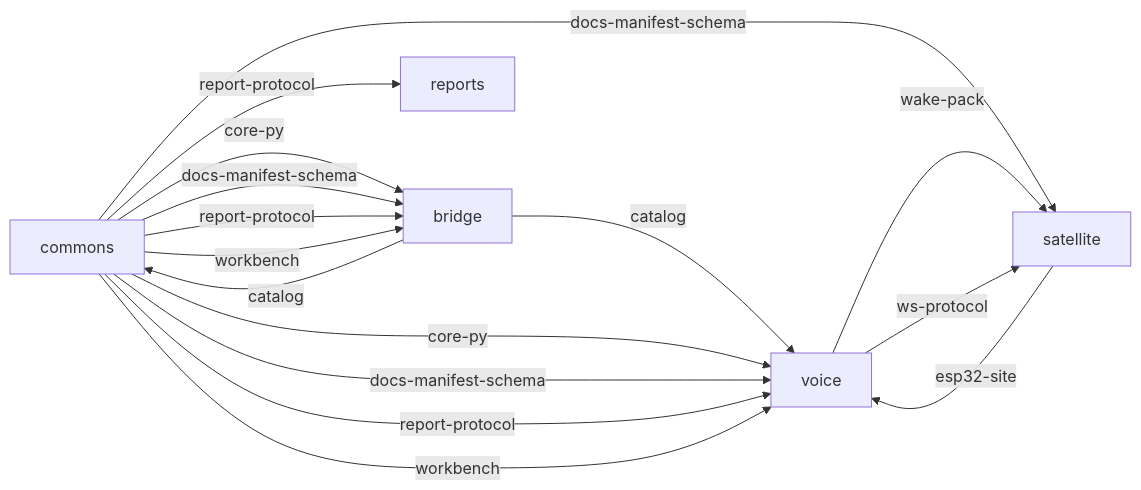
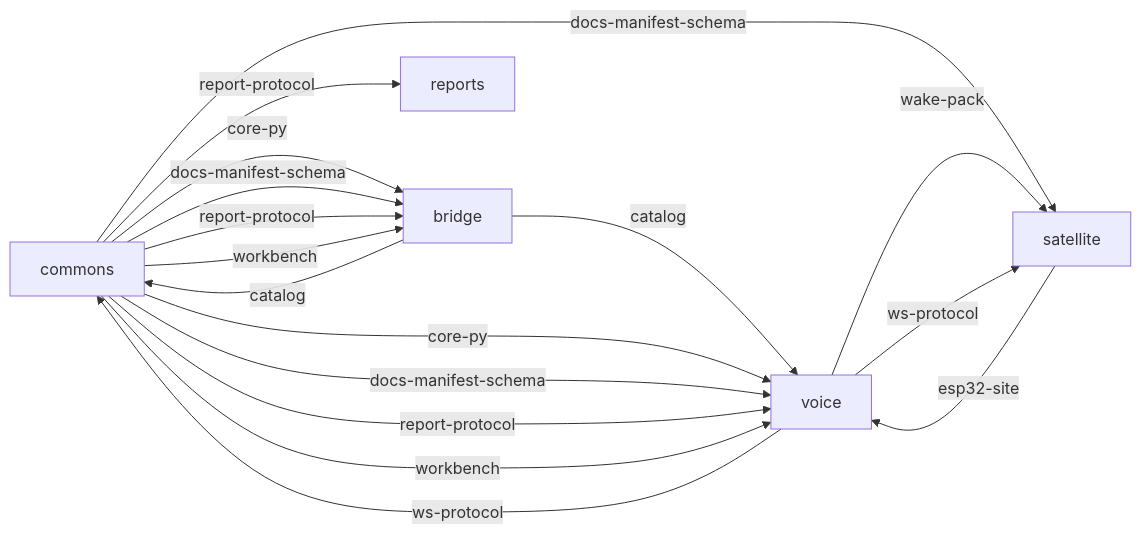
One commit to locveil/locveil-commons changed the diagram in process/contract-graph.md. Above: the diagram before and after it, drawn with Mermaid. The commit also changed other lines of this file and 22 other files, not shown here.

````diff
--- a/process/contract-graph.md
+++ b/process/contract-graph.md
@@ -11,23 +11,24 @@
 ```mermaid
 graph LR
   commons[commons]
   voice[voice]
   bridge[bridge]
   satellite[satellite]
   reports[reports]
   bridge -- catalog --> commons
   bridge -- catalog --> voice
   commons -- core-py --> bridge
   commons -- docs-manifest-schema --> bridge
   commons -- report-protocol --> bridge
   commons -- workbench --> bridge
   commons -- report-protocol --> reports
   commons -- docs-manifest-schema --> satellite
   commons -- core-py --> voice
   commons -- docs-manifest-schema --> voice
   commons -- report-protocol --> voice
   commons -- workbench --> voice
   satellite -- esp32-site --> voice
+  voice -- ws-protocol --> commons
   voice -- wake-pack --> satellite
   voice -- ws-protocol --> satellite
 ```
````
